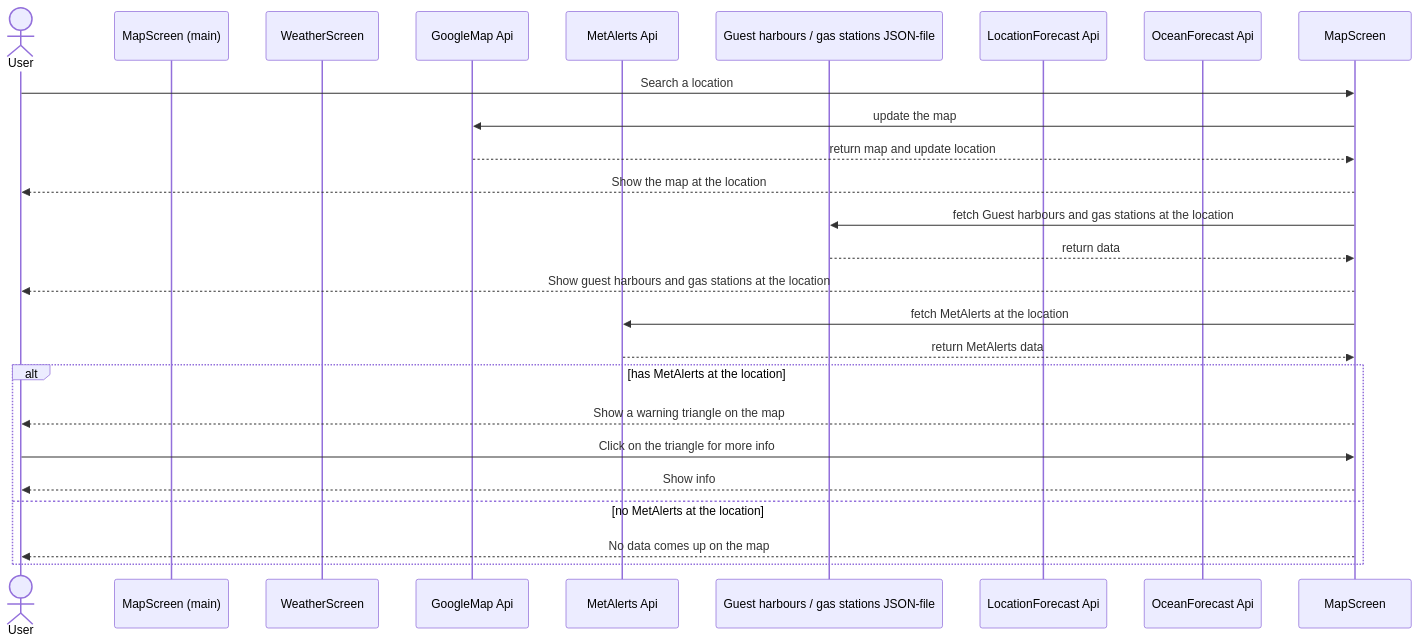
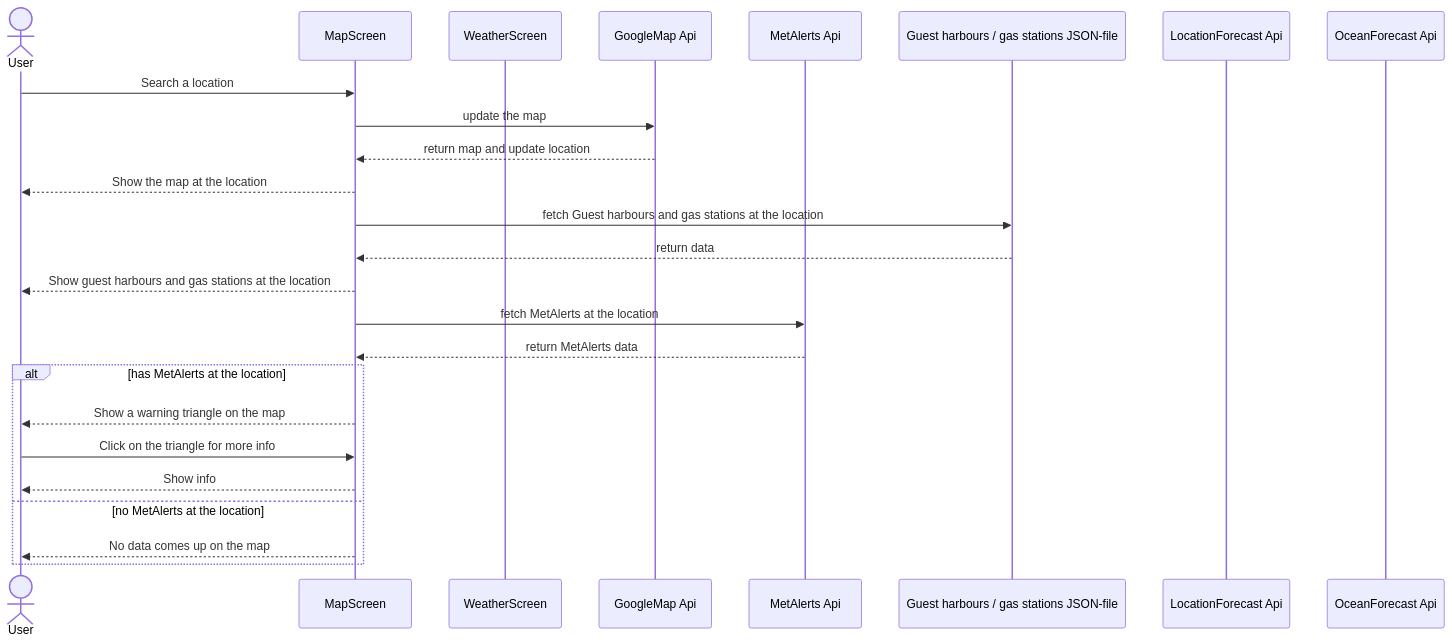
Before and after one commit to ronjainstanes/IN2000-student-project: the diagram in MODELING.md, drawn with Mermaid.

Commit message:
Sequence Diagram test 2

````diff
--- a/MODELING.md
+++ b/MODELING.md
@@ -52,41 +52,41 @@
 ```mermaid
     sequenceDiagram
         actor User
-        participant MapScreen (main)
+        participant MapScreen
         participant WeatherScreen 
         participant GoogleMap Api
         participant MetAlerts Api
         participant Guest harbours / gas stations JSON-file
         participant LocationForecast Api
         participant OceanForecast Api
 
         User->>MapScreen: Search a location
 
         MapScreen->>GoogleMap Api: update the map
         
         GoogleMap Api-->>MapScreen: return map and update location
         
         MapScreen-->>User: Show the map at the location
         
         MapScreen->>Guest harbours / gas stations JSON-file: fetch Guest harbours and gas stations at the location
         
         Guest harbours / gas stations JSON-file-->>MapScreen: return data
         
         MapScreen-->>User: Show guest harbours and gas stations at the location
         
         MapScreen->>MetAlerts Api: fetch MetAlerts at the location
         
         MetAlerts Api-->>MapScreen: return MetAlerts data
 
         alt has MetAlerts at the location
         
             MapScreen-->>User: Show a warning triangle on the map
             User->>MapScreen: Click on the triangle for more info
             MapScreen-->>User: Show info
 
         else no MetAlerts at the location
         
             MapScreen-->>User: No data comes up on the map
 
         end
 ```
````
